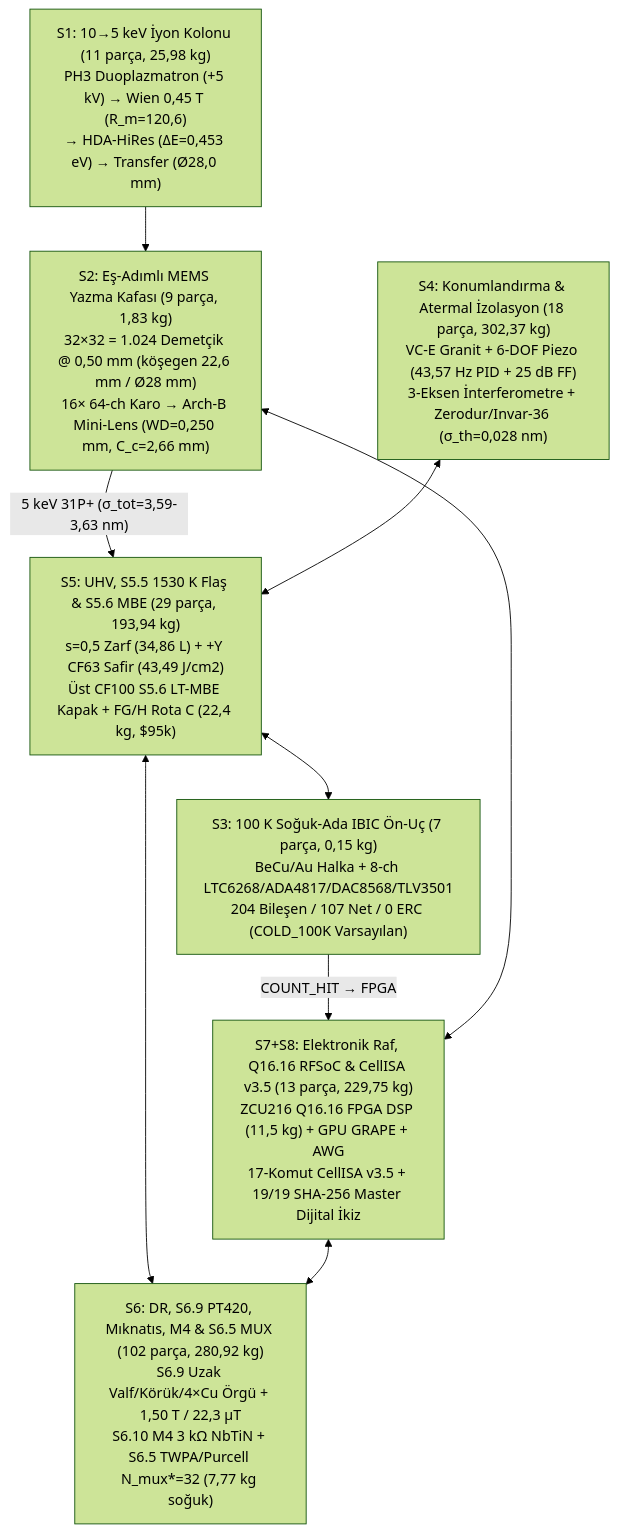
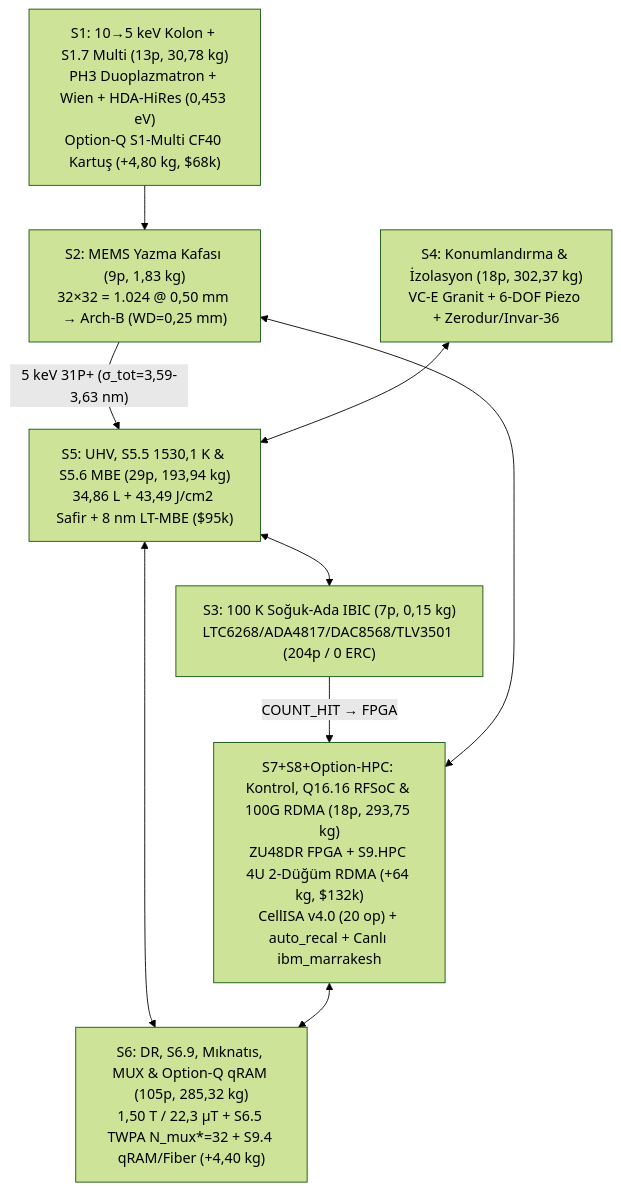
Before and after one commit to berkmec/Atom-Lithography: the second of 3 diagrams in README.md, drawn with Mermaid (forest theme). The commit also changed other lines of this file and 126 other files, not shown here.

Commit message:
Atom Lithography Machine v6.0: Option-Q qRAM & S1-Multi (Exp142), D3 GRAPE M4 & Option-HPC 100G RDMA (Exp143), qLDPC [[144,12,12]] 1-Cryostat 120L (Exp144), Live IBM ibm_marrakesh 156Q QPU Validation + CellISA v4.0 + auto_recal (Exp145), v6 Digital Twin (Exp146), CAD/BOM v6.0 + RFQ-09

````diff
--- a/README.md
+++ b/README.md
@@ -55,19 +57,19 @@
 ```mermaid
 flowchart TD
-    S1["S1: 10→5 keV İyon Kolonu (11 parça, 25,98 kg)<br/>PH3 Duoplazmatron (+5 kV) → Wien 0,45 T (R_m=120,6)<br/>→ HDA-HiRes (ΔE=0,453 eV) → Transfer (Ø28,0 mm)"]
-    S2["S2: Eş-Adımlı MEMS Yazma Kafası (9 parça, 1,83 kg)<br/>32×32 = 1.024 Demetçik @ 0,50 mm (köşegen 22,6 mm / Ø28 mm)<br/>16× 64-ch Karo → Arch-B Mini-Lens (WD=0,250 mm, C_c=2,66 mm)"]
-    S3["S3: 100 K Soğuk-Ada IBIC Ön-Uç (7 parça, 0,15 kg)<br/>BeCu/Au Halka + 8-ch LTC6268/ADA4817/DAC8568/TLV3501<br/>204 Bileşen / 107 Net / 0 ERC (COLD_100K Varsayılan)"]
-    S4["S4: Konumlandırma & Atermal İzolasyon (18 parça, 302,37 kg)<br/>VC-E Granit + 6-DOF Piezo (43,57 Hz PID + 25 dB FF)<br/>3-Eksen İnterferometre + Zerodur/Invar-36 (σ_th=0,028 nm)"]
-    S5["S5: UHV, S5.5 1530 K Flaş & S5.6 MBE (29 parça, 193,94 kg)<br/>s=0,5 Zarf (34,86 L) + +Y CF63 Safir (43,49 J/cm2)<br/>Üst CF100 S5.6 LT-MBE Kapak + FG/H Rota C (22,4 kg, $95k)"]
-    S6["S6: DR, S6.9 PT420, Mıknatıs, M4 & S6.5 MUX (102 parça, 280,92 kg)<br/>S6.9 Uzak Valf/Körük/4×Cu Örgü + 1,50 T / 22,3 µT<br/>S6.10 M4 3 kΩ NbTiN + S6.5 TWPA/Purcell N_mux*=32 (7,77 kg soğuk)"]
-    S7["S7+S8: Elektronik Raf, Q16.16 RFSoC & CellISA v3.5 (13 parça, 229,75 kg)<br/>ZCU216 Q16.16 FPGA DSP (11,5 kg) + GPU GRAPE + AWG<br/>17-Komut CellISA v3.5 + 19/19 SHA-256 Master Dijital İkiz"]
+    S1["S1: 10→5 keV Kolon + S1.7 Multi (13p, 30,78 kg)<br/>PH3 Duoplazmatron + Wien + HDA-HiRes (0,453 eV)<br/>Option-Q S1-Multi CF40 Kartuş (+4,80 kg, $68k)"]
+    S2["S2: MEMS Yazma Kafası (9p, 1,83 kg)<br/>32×32 = 1.024 @ 0,50 mm → Arch-B (WD=0,25 mm)"]
+    S3["S3: 100 K Soğuk-Ada IBIC (7p, 0,15 kg)<br/>LTC6268/ADA4817/DAC8568/TLV3501 (204p / 0 ERC)"]
+    S4["S4: Konumlandırma & İzolasyon (18p, 302,37 kg)<br/>VC-E Granit + 6-DOF Piezo + Zerodur/Invar-36"]
+    S5["S5: UHV, S5.5 1530,1 K & S5.6 MBE (29p, 193,94 kg)<br/>34,86 L + 43,49 J/cm2 Safir + 8 nm LT-MBE ($95k)"]
+    S6["S6: DR, S6.9, Mıknatıs, MUX & Option-Q qRAM (105p, 285,32 kg)<br/>1,50 T / 22,3 µT + S6.5 TWPA N_mux*=32 + S9.4 qRAM/Fiber (+4,40 kg)"]
+    S7["S7+S8+Option-HPC: Kontrol, Q16.16 RFSoC & 100G RDMA (18p, 293,75 kg)<br/>ZU48DR FPGA + S9.HPC 4U 2-Düğüm RDMA (+64 kg, $132k)<br/>CellISA v4.0 (20 op) + auto_recal + Canlı ibm_marrakesh"]
 
     S1 --> S2
     S2 -->|"5 keV 31P+ (σ_tot=3,59-3,63 nm)"| S5
     S3 -->|"COUNT_HIT → FPGA"| S7
     S5 <--> S3
     S4 <--> S5
     S5 <--> S6
     S7 <--> S2
     S7 <--> S6
 ```
````
